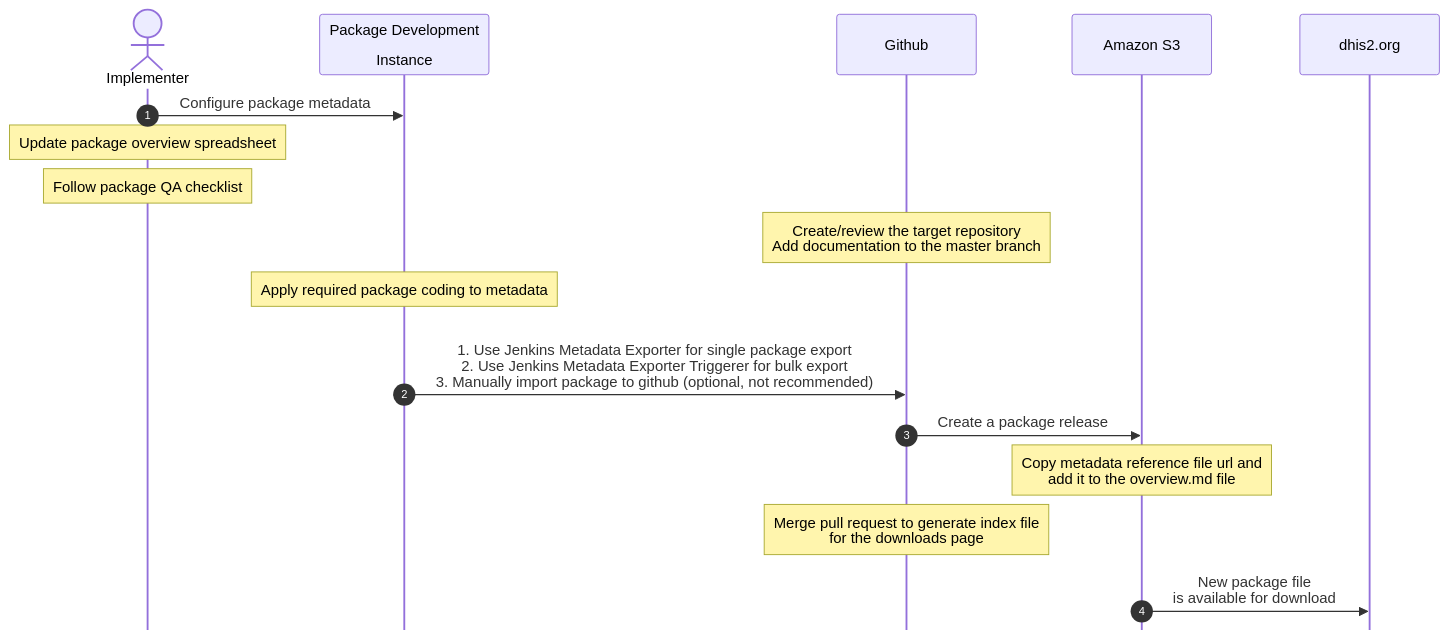
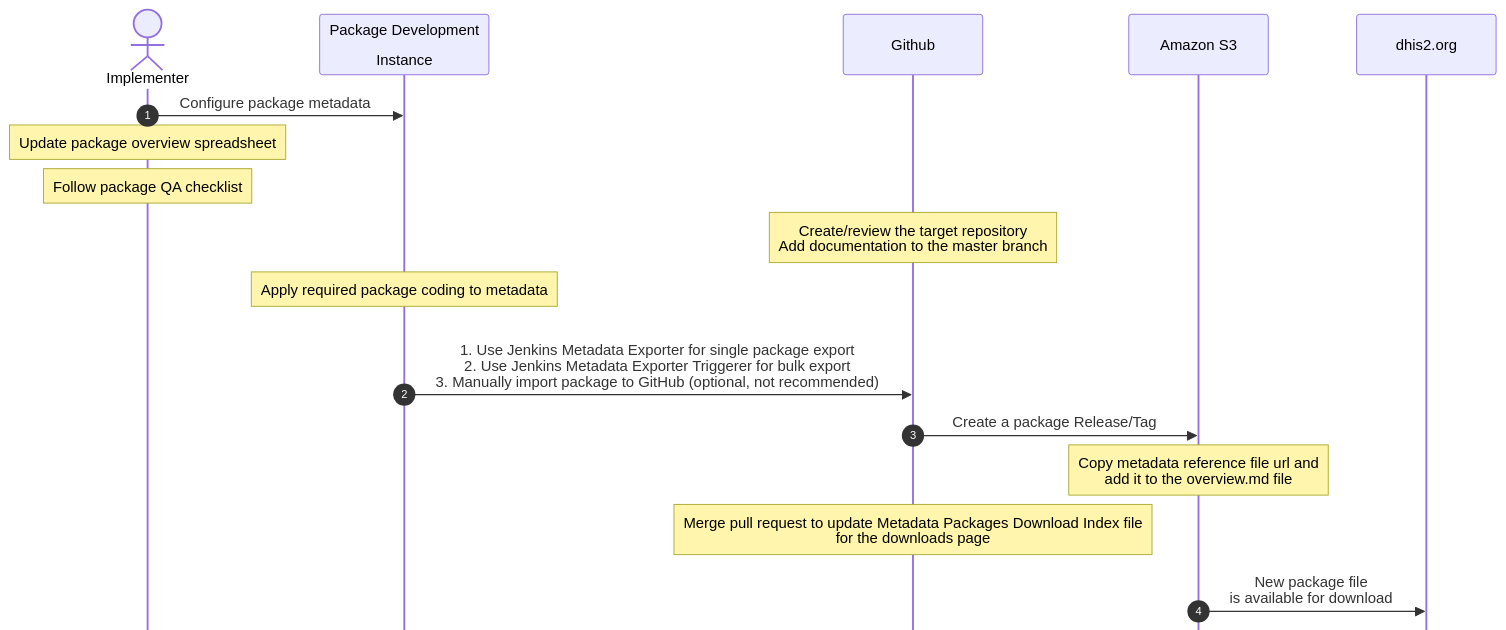
The first of 2 diagrams in docs/README.md (dhis2/metadata-package-development), drawn with Mermaid before and after one commit. The commit also changed other lines of this file, not shown here.

Commit message:
docs: update table of contents

````diff
--- a/docs/README.md
+++ b/docs/README.md
@@ -49,23 +51,23 @@
 ``` mermaid
     %%{init: {'mirrorActors': false } }%%
 
     sequenceDiagram
 
         autonumber
         actor Implementer
         participant D as Package Development<br><br>Instance
         participant G as Github
         participant A as Amazon S3
         participant W as dhis2.org
         Implementer->>D: Configure package metadata
         note over Implementer: Update package overview spreadsheet
         note over Implementer: Follow package QA checklist
 
         note over G: Create/review the target repository<br>Add documentation to the master branch
         note over D: Apply required package coding to metadata
-        D->>G: <br>1. Use Jenkins Metadata Exporter for single package export<br>2. Use Jenkins Metadata Exporter Triggerer for bulk export<br>3. Manually import package to github (optional, not recommended)
-        G->>A: Create a package release
+        D->>G: <br>1. Use Jenkins Metadata Exporter for single package export<br>2. Use Jenkins Metadata Exporter Triggerer for bulk export<br>3. Manually import package to GitHub (optional, not recommended)
+        G->>A: Create a package Release/Tag
         note over A: Copy metadata reference file url and<br>add it to the overview.md file
-        note over G: Merge pull request to generate index file<br>for the downloads page
+        note over G: Merge pull request to update Metadata Packages Download Index file<br>for the downloads page
         A->>W: New package file<br>is available for download
 ```
````
